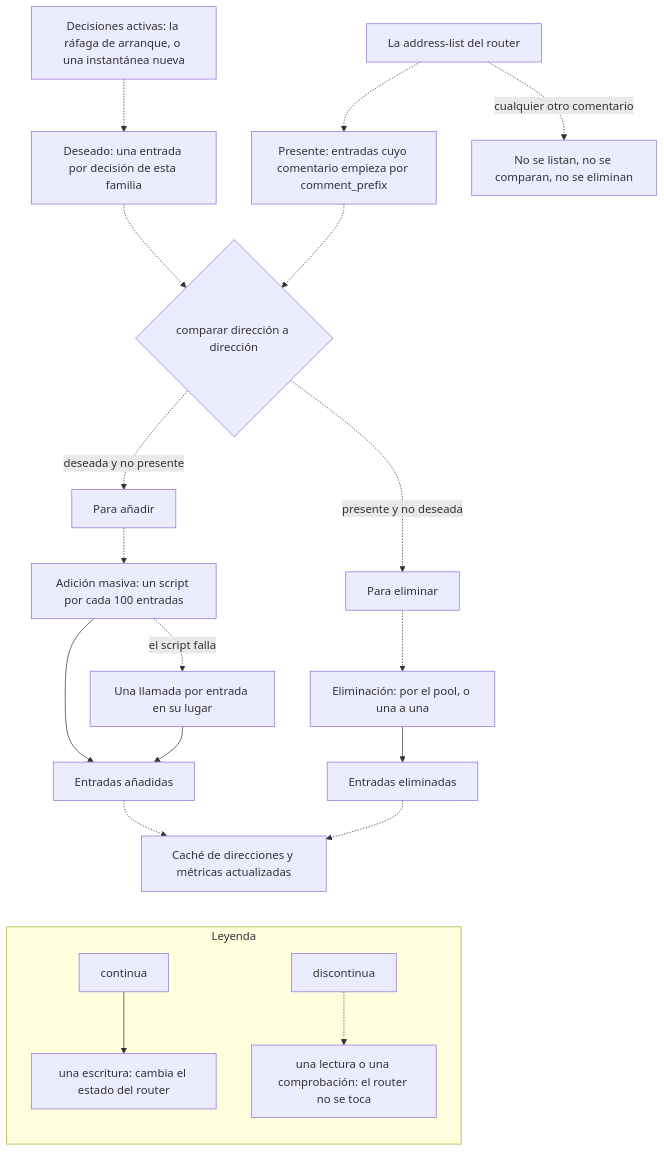
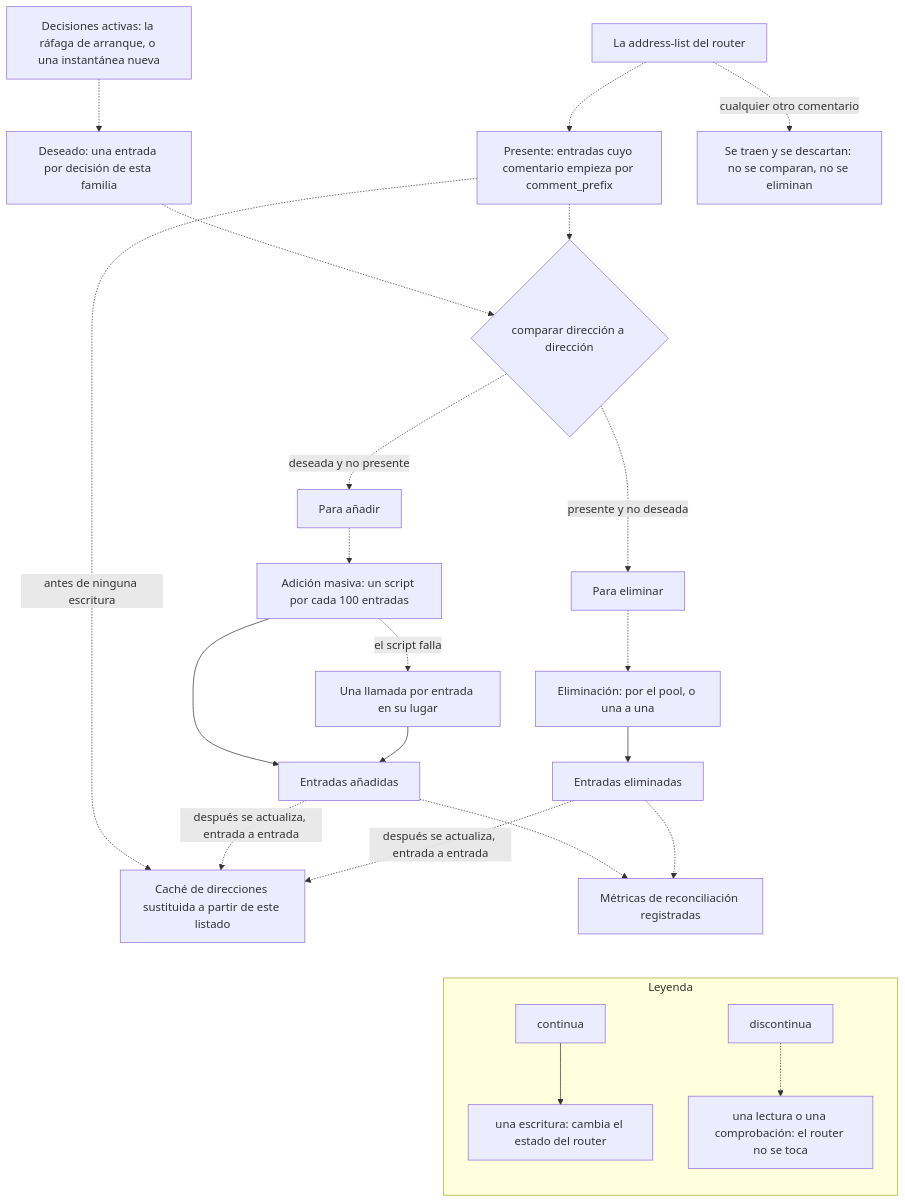
One commit to jmrplens/cs-routeros-bouncer changed the diagram in docs/src/content/docs/es/architecture/reconciliation.mdx. Above: the diagram before and after it, drawn with Mermaid. The commit also changed other lines of this file and 16 other files, not shown here.

````diff
--- a/docs/src/content/docs/es/architecture/reconciliation.mdx
+++ b/docs/src/content/docs/es/architecture/reconciliation.mdx
@@ -45,27 +49,30 @@
 ```mermaid
 flowchart TB
     accTitle: La comparación de reconciliación: entra la instantánea, entra el estado del router, salen adiciones y eliminaciones
-    accDescr: Una instantánea de decisiones activas se convierte en el conjunto deseado, una entrada por decisión de esta familia de protocolo, indexada por dirección normalizada. La address-list del router se convierte en el conjunto presente, pero solo con las entradas cuyo comentario empieza por el prefijo configurado; las entradas con cualquier otro comentario no se listan, no se comparan y no se eliminan nunca. Comparar ambos conjuntos dirección a dirección da las entradas que hay que añadir y las que hay que eliminar. Las adiciones pasan por un script de RouterOS de hasta cien entradas, y si un script falla se recurre a una llamada a la API por entrada; las eliminaciones pasan por el pool de conexiones cuando se pudo abrir, y una a una por la conexión principal cuando no. Una vez cambiado el router, la caché de direcciones en memoria y las métricas de reconciliación se actualizan con el resultado.
+    accDescr: Una instantánea de decisiones activas se convierte en el conjunto deseado, una entrada por decisión de esta familia de protocolo, indexada por dirección normalizada. La address-list del router se convierte en el conjunto presente, pero solo con las entradas cuyo comentario empieza por el prefijo configurado; las entradas con cualquier otro comentario se traen del router y se descartan en el cliente, así que no se comparan ni se eliminan, pero sí cuestan transferencia en cada pasada. Comparar ambos conjuntos dirección a dirección da las entradas que hay que añadir y las que hay que eliminar. La caché de direcciones en memoria se sustituye a partir de ese mismo listado antes de que salga ninguna escritura. Las adiciones pasan después por un script de RouterOS de hasta cien entradas, y si un script falla se recurre a una llamada a la API por entrada; las eliminaciones pasan por el pool de conexiones cuando se pudo abrir, y una a una por la conexión principal cuando no. Cada adición y cada eliminación vuelve a actualizar la caché con lo que ha escrito, y las métricas de reconciliación se registran cuando ya han corrido las dos.
     SNAP["Decisiones activas: la ráfaga de arranque, o una instantánea nueva"] -.-> WANT["Deseado: una entrada por decisión de esta familia"]
     LIST["La address-list del router"] -.-> HAVE["Presente: entradas cuyo comentario empieza por comment_prefix"]
-    LIST -. "cualquier otro comentario" .-> FOREIGN["No se listan, no se comparan, no se eliminan"]
+    LIST -. "cualquier otro comentario" .-> FOREIGN["Se traen y se descartan: no se comparan, no se eliminan"]
+    HAVE -. "antes de ninguna escritura" .-> CACHE["Caché de direcciones sustituida a partir de este listado"]
     WANT -.-> DIFF{"comparar dirección a dirección"}
     HAVE -.-> DIFF
     DIFF -. "deseada y no presente" .-> TOADD["Para añadir"]
     DIFF -. "presente y no deseada" .-> TOREM["Para eliminar"]
     TOADD -.-> BULK["Adición masiva: un script por cada 100 entradas"]
     BULK -. "el script falla" .-> ONEBY["Una llamada por entrada en su lugar"]
     TOREM -.-> DELE["Eliminación: por el pool, o una a una"]
     BULK --> ADDED["Entradas añadidas"]
     ONEBY --> ADDED
     DELE --> REMOVED["Entradas eliminadas"]
-    ADDED -.-> CACHE["Caché de direcciones y métricas actualizadas"]
-    REMOVED -.-> CACHE
+    ADDED -. "después se actualiza, entrada a entrada" .-> CACHE
+    REMOVED -. "después se actualiza, entrada a entrada" .-> CACHE
+    ADDED -.-> MET["Métricas de reconciliación registradas"]
+    REMOVED -.-> MET
 
-    CACHE ~~~ LEG
+    MET ~~~ LEG
     subgraph LEG["Leyenda"]
         direction TB
         LA["continua"] --> LB["una escritura: cambia el estado del router"]
         LC["discontinua"] -.-> LD["una lectura o una comprobación: el router no se toca"]
     end
 ```
````
